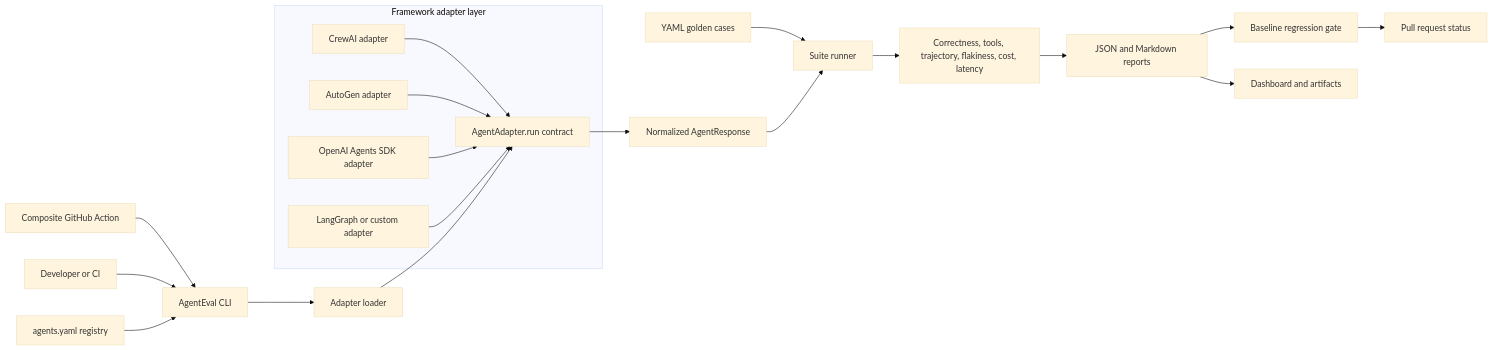
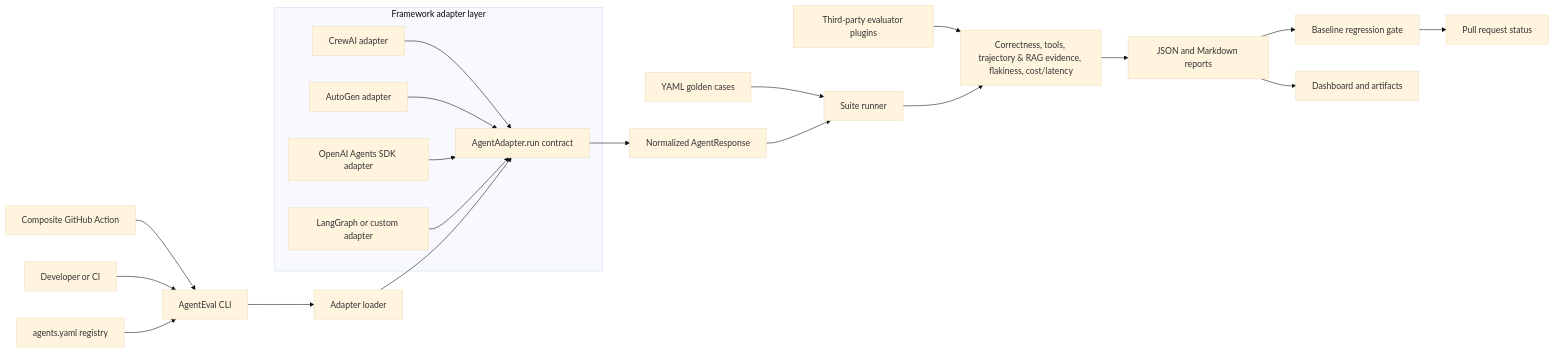
The second of 2 diagrams in README.md (nishanttyagi28/agenteval), drawn with Mermaid (base theme) before and after one commit. The commit also changed other lines of this file, not shown here.

````diff
--- a/README.md
+++ b/README.md
@@ -115,29 +128,30 @@
 ```mermaid
 flowchart LR
     Action["Composite GitHub Action"] --> CLI["AgentEval CLI"]
     Developer["Developer or CI"] --> CLI
     Registry["agents.yaml registry"] --> CLI
     CLI --> Loader["Adapter loader"]
 
     subgraph AdapterLayer["Framework adapter layer"]
         Contract["AgentAdapter.run contract"]
         CrewAI["CrewAI adapter"]
         AutoGen["AutoGen adapter"]
         OpenAIAgents["OpenAI Agents SDK adapter"]
         Custom["LangGraph or custom adapter"]
         CrewAI --> Contract
         AutoGen --> Contract
         OpenAIAgents --> Contract
         Custom --> Contract
     end
 
     Loader --> Contract
     Contract --> Response["Normalized AgentResponse"]
     Cases["YAML golden cases"] --> Runner["Suite runner"]
     Response --> Runner
-    Runner --> Scoring["Correctness, tools, trajectory, flakiness, cost, latency"]
+    Plugins["Third-party evaluator plugins"] --> Scoring
+    Runner --> Scoring["Correctness, tools, trajectory & RAG evidence, flakiness, cost/latency"]
     Scoring --> Reports["JSON and Markdown reports"]
     Reports --> Gate["Baseline regression gate"]
     Gate --> CI["Pull request status"]
     Reports --> Dashboard["Dashboard and artifacts"]
 ```
````
